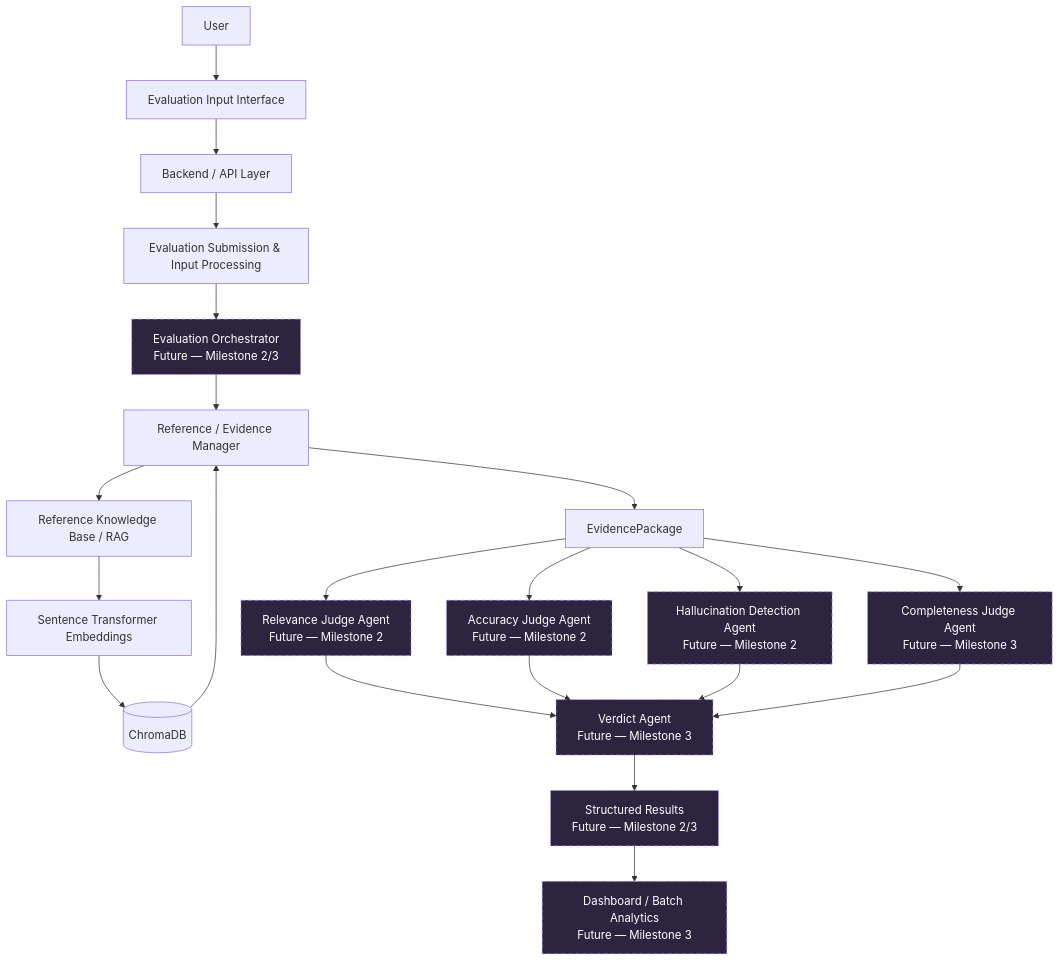
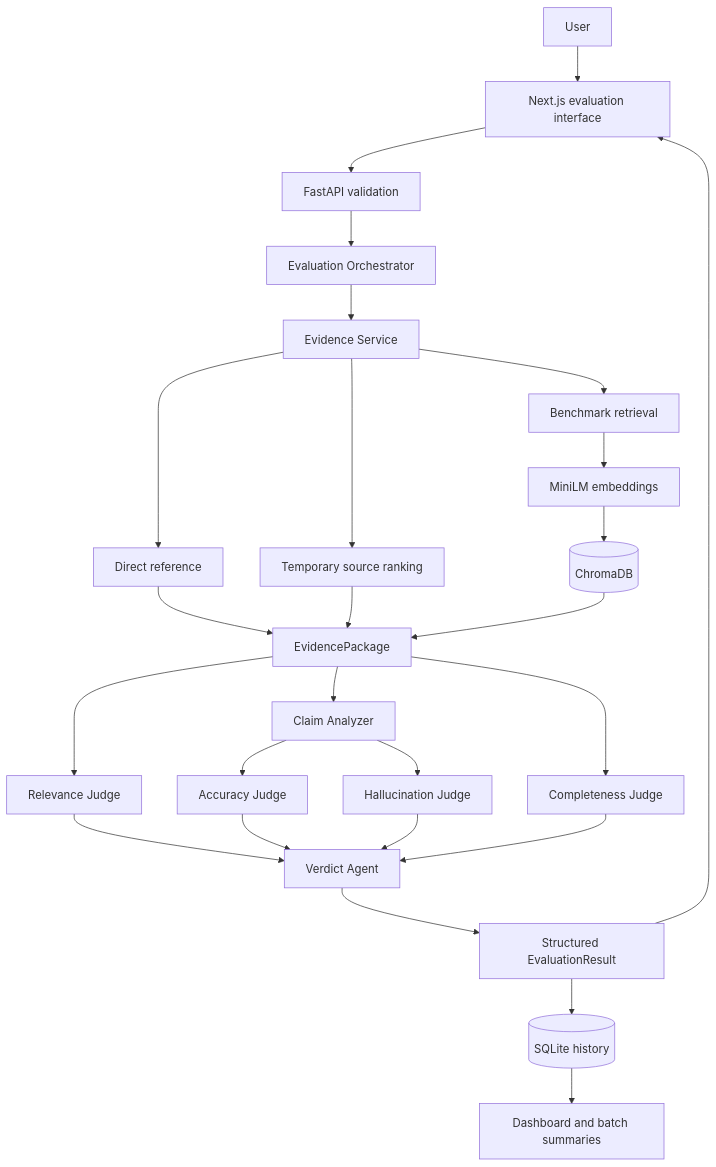
One commit to Arthisri2006/infosysSpringboard changed the diagram in docs/architecture.md. Above: the diagram before and after it, drawn with Mermaid. The commit also changed other lines of this file and 33 other files, not shown here.

````diff
--- a/docs/architecture.md
+++ b/docs/architecture.md
@@ -5,26 +5,28 @@
 ```mermaid
 flowchart TD
-    U[User] --> UI[Evaluation Input Interface]
-    UI --> API[Backend / API Layer]
-    API --> SUB[Evaluation Submission & Input Processing]
-    SUB --> ORCH[Evaluation Orchestrator<br/>Future — Milestone 2/3]
-    ORCH --> EM[Reference / Evidence Manager]
-    EM --> RAG[Reference Knowledge Base / RAG]
-    RAG --> EMB[Sentence Transformer Embeddings]
+    U[User] --> UI[Next.js evaluation interface]
+    UI --> API[FastAPI validation]
+    API --> ORCH[Evaluation Orchestrator]
+    ORCH --> EM[Evidence Service]
+    EM --> REF[Direct reference]
+    EM --> SRC[Temporary source ranking]
+    EM --> RAG[Benchmark retrieval]
+    RAG --> EMB[MiniLM embeddings]
     EMB --> VDB[(ChromaDB)]
-    VDB --> EM
-    EM --> PKG[EvidencePackage]
-    PKG --> REL[Relevance Judge Agent<br/>Future — Milestone 2]
-    PKG --> ACC[Accuracy Judge Agent<br/>Future — Milestone 2]
-    PKG --> HAL[Hallucination Detection Agent<br/>Future — Milestone 2]
-    PKG --> COM[Completeness Judge Agent<br/>Future — Milestone 3]
-    REL --> VER[Verdict Agent<br/>Future — Milestone 3]
+    REF --> PKG[EvidencePackage]
+    SRC --> PKG
+    VDB --> PKG
+    PKG --> REL[Relevance Judge]
+    PKG --> CLAIM[Claim Analyzer]
+    CLAIM --> ACC[Accuracy Judge]
+    CLAIM --> HAL[Hallucination Judge]
+    PKG --> COM[Completeness Judge]
+    REL --> VER[Verdict Agent]
     ACC --> VER
     HAL --> VER
     COM --> VER
-    VER --> RESULT[Structured Results<br/>Future — Milestone 2/3]
-    RESULT --> DASH[Dashboard / Batch Analytics<br/>Future — Milestone 3]
-
-    classDef future fill:#2d2440,stroke:#a78bfa,color:#fff,stroke-dasharray: 5 5;
-    class ORCH,REL,ACC,HAL,COM,VER,RESULT,DASH future;
+    VER --> RES[Structured EvaluationResult]
+    RES --> DB[(SQLite history)]
+    RES --> UI
+    DB --> DASH[Dashboard and batch summaries]
 ```
````
